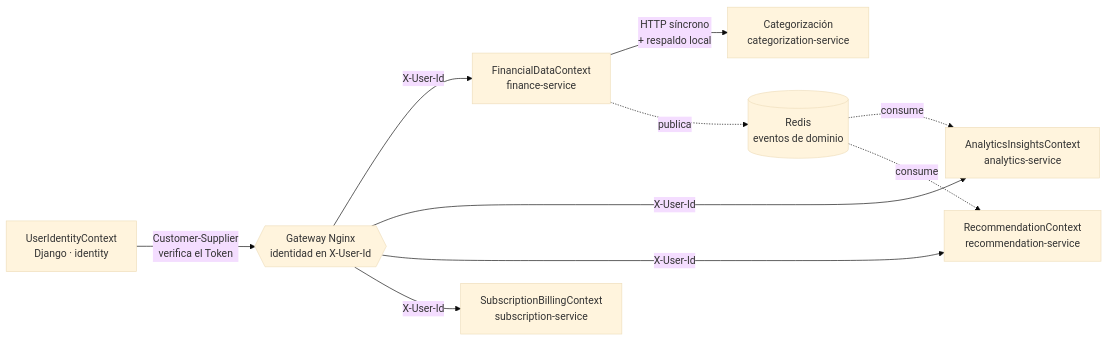
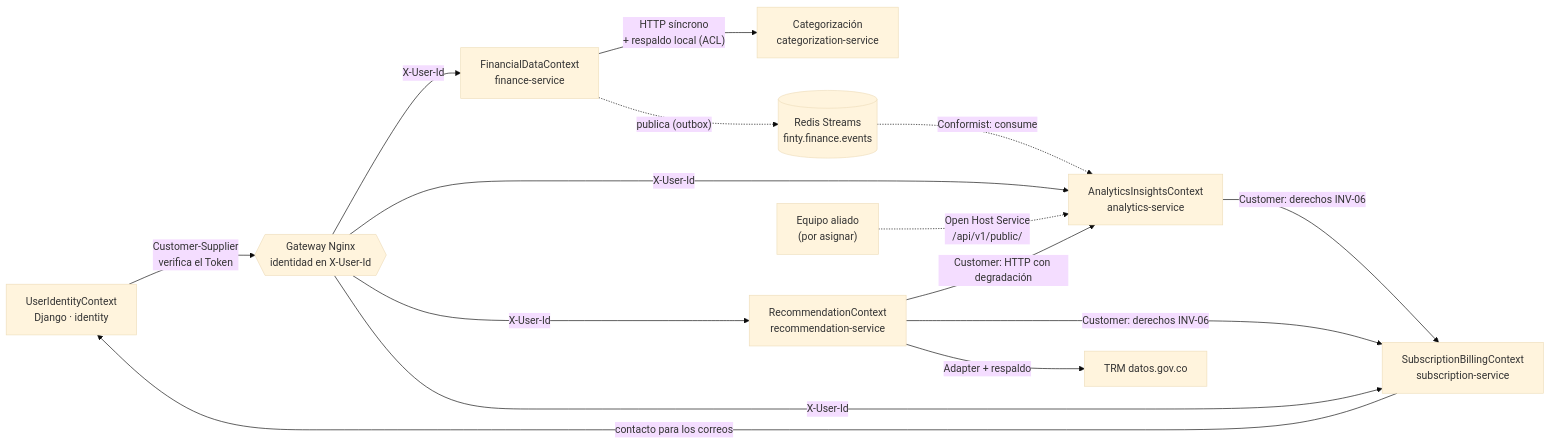
The fifth of 17 diagrams in docs/ARCHITECTURE.md (tsepulvedf/Finty), drawn with Mermaid (base theme) before and after one commit. The commit also changed other lines of this file, not shown here.

First line of the commit message:
docs(arch): agregar los diagramas finales de despliegue, Gateway, contextos y Strangler (E2-M9b)

````diff
--- a/docs/ARCHITECTURE.md
+++ b/docs/ARCHITECTURE.md
@@ -1452,21 +1460,28 @@
 ```mermaid
 flowchart LR
     ID["UserIdentityContext<br/>Django · identity"]
     GW{{"Gateway Nginx<br/>identidad en X-User-Id"}}
     FD["FinancialDataContext<br/>finance-service"]
     CT["Categorización<br/>categorization-service"]
     AN["AnalyticsInsightsContext<br/>analytics-service"]
     RC["RecommendationContext<br/>recommendation-service"]
     SB["SubscriptionBillingContext<br/>subscription-service"]
-    BUS[("Redis<br/>eventos de dominio")]
+    BUS[("Redis Streams<br/>finty.finance.events")]
+    TRM["TRM datos.gov.co"]
+    ALLY["Equipo aliado<br/>(por asignar)"]
 
     ID -->|"Customer-Supplier<br/>verifica el Token"| GW
     GW -->|X-User-Id| FD
     GW -->|X-User-Id| AN
     GW -->|X-User-Id| RC
     GW -->|X-User-Id| SB
-    FD -->|"HTTP síncrono<br/>+ respaldo local"| CT
-    FD -.->|publica| BUS
-    BUS -.->|consume| AN
-    BUS -.->|consume| RC
+    FD -->|"HTTP síncrono<br/>+ respaldo local (ACL)"| CT
+    FD -.->|"publica (outbox)"| BUS
+    BUS -.->|"Conformist: consume"| AN
+    RC -->|"Customer: HTTP con degradación"| AN
+    AN -->|"Customer: derechos INV-06"| SB
+    RC -->|"Customer: derechos INV-06"| SB
+    SB -->|"contacto para los correos"| ID
+    RC -->|"Adapter + respaldo"| TRM
+    ALLY -.->|"Open Host Service<br/>/api/v1/public/"| AN
 ```
````
